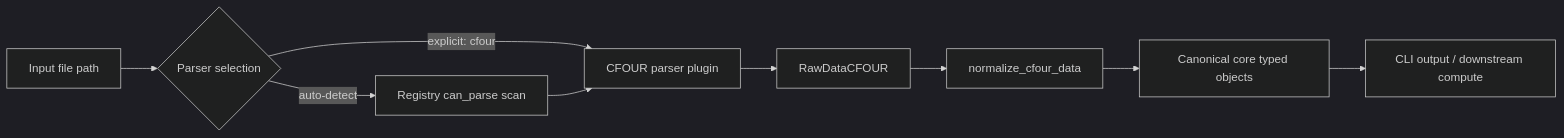
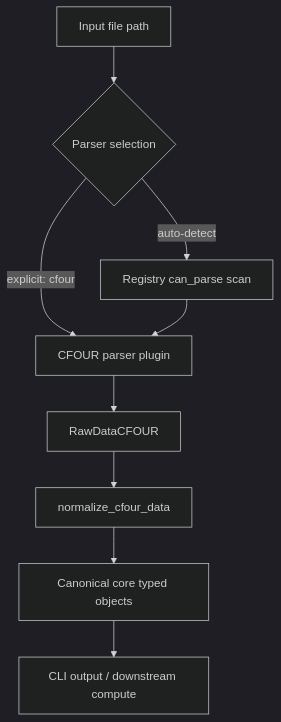
Before and after one commit to andrewwillowen/vrvv: the first of 2 diagrams in docs/dev/parser-plugin-architecture.md, drawn with Mermaid (dark theme). The commit also changed other lines of this file and 1 other file, not shown here.

Commit message:
Tweak parser dev docs

````diff
--- a/docs/dev/parser-plugin-architecture.md
+++ b/docs/dev/parser-plugin-architecture.md
@@ -24,11 +24,11 @@
 ```mermaid
-flowchart LR
+flowchart TD
     A[Input file path] --> B{Parser selection}
     B -->|explicit: cfour| C[CFOUR parser plugin]
     B -->|auto-detect| D[Registry can_parse scan]
     D --> C
     C --> E[RawDataCFOUR]
     E --> F[normalize_cfour_data]
     F --> G[Canonical core typed objects]
     G --> H[CLI output / downstream compute]
 ```
````
